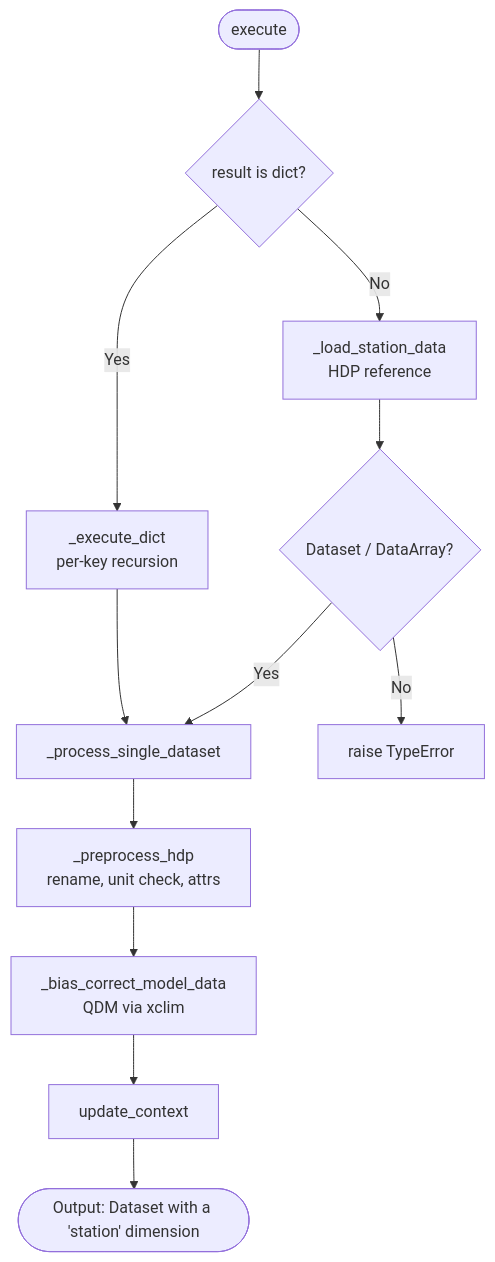
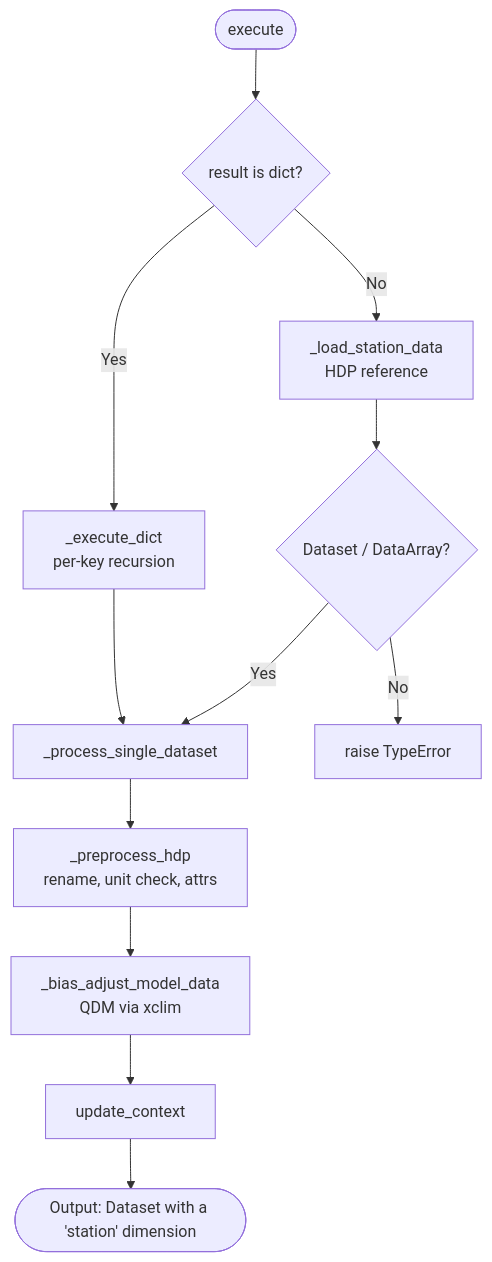
One commit to cal-adapt/climakitae changed the diagram in docs-mkdocs/climate-data-interface/processors/bias_adjust_model_to_station.md. Above: the diagram before and after it, drawn with Mermaid. The commit also changed other lines of this file and 10 other files, not shown here.

````diff
--- a/docs-mkdocs/climate-data-interface/processors/bias_adjust_model_to_station.md
+++ b/docs-mkdocs/climate-data-interface/processors/bias_adjust_model_to_station.md
@@ -9,23 +9,23 @@
 ```mermaid
 flowchart TD
     Start([execute]) --> DictCheck{result is dict?}
     DictCheck -->|Yes| ExecDict[_execute_dict<br/>per-key recursion]
     DictCheck -->|No| LoadObs[_load_station_data<br/>HDP reference]
     LoadObs --> TypeCheck{Dataset / DataArray?}
     TypeCheck -->|Yes| ProcSingle[_process_single_dataset]
     TypeCheck -->|No| TypeErr[raise TypeError]
 
     ExecDict --> ProcSingle
     ProcSingle --> Preproc[_preprocess_hdp<br/>rename, unit check, attrs]
-    Preproc --> BiasCorrect[_bias_correct_model_data<br/>QDM via xclim]
-    BiasCorrect --> UpdateCtx[update_context]
+    Preproc --> BiasAdjust[_bias_adjust_model_data<br/>QDM via xclim]
+    BiasAdjust --> UpdateCtx[update_context]
     UpdateCtx --> End([Output: Dataset with a 'station' dimension])
 
     click Start "https://github.com/cal-adapt/climakitae/blob/main/climakitae/new_core/processors/bias_adjust_model_to_station.py" "execute"
     click ExecDict "https://github.com/cal-adapt/climakitae/blob/main/climakitae/new_core/processors/bias_adjust_model_to_station.py" "_execute_dict"
     click LoadObs "https://github.com/cal-adapt/climakitae/blob/main/climakitae/new_core/processors/bias_adjust_model_to_station.py" "_load_station_data"
     click ProcSingle "https://github.com/cal-adapt/climakitae/blob/main/climakitae/new_core/processors/bias_adjust_model_to_station.py" "_process_single_dataset"
     click Preproc "https://github.com/cal-adapt/climakitae/blob/main/climakitae/new_core/processors/bias_adjust_model_to_station.py" "_preprocess_hdp"
-    click BiasCorrect "https://github.com/cal-adapt/climakitae/blob/main/climakitae/new_core/processors/bias_adjust_model_to_station.py" "_bias_correct_model_data"
+    click BiasAdjust "https://github.com/cal-adapt/climakitae/blob/main/climakitae/new_core/processors/bias_adjust_model_to_station.py" "_bias_adjust_model_data"
     click UpdateCtx "https://github.com/cal-adapt/climakitae/blob/main/climakitae/new_core/processors/bias_adjust_model_to_station.py" "update_context"
 ```
````
